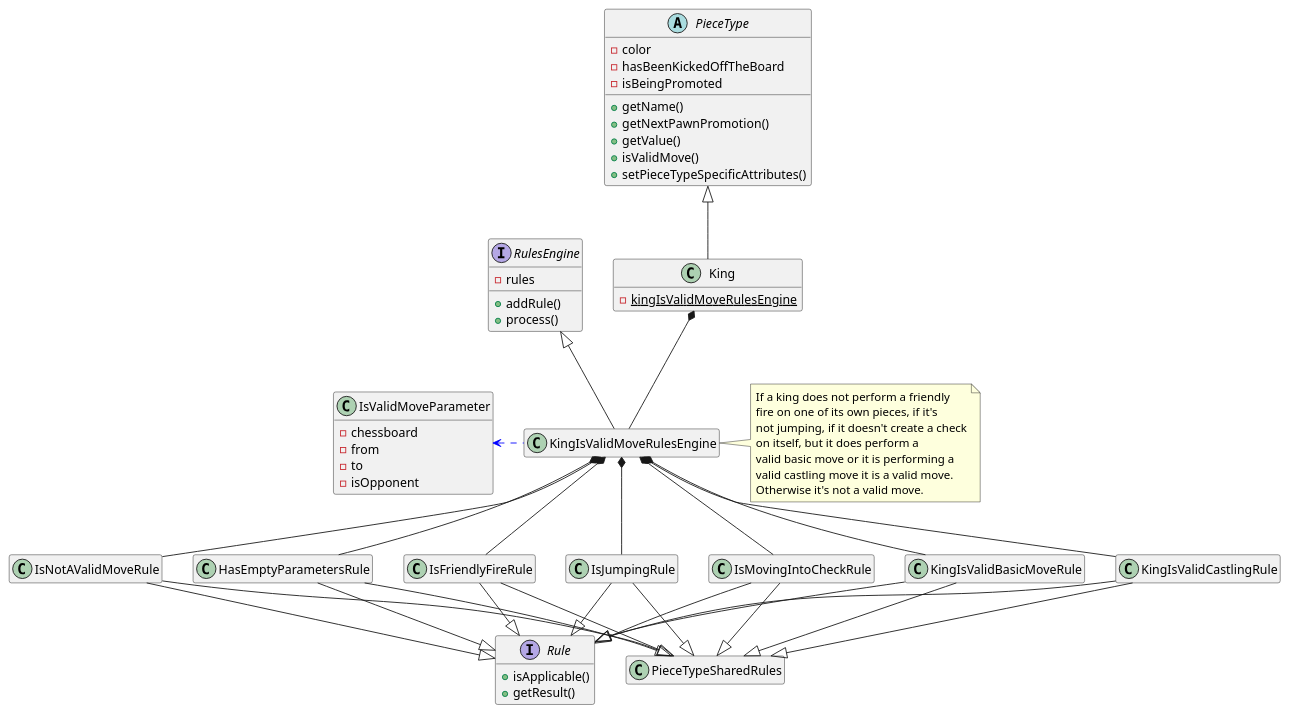
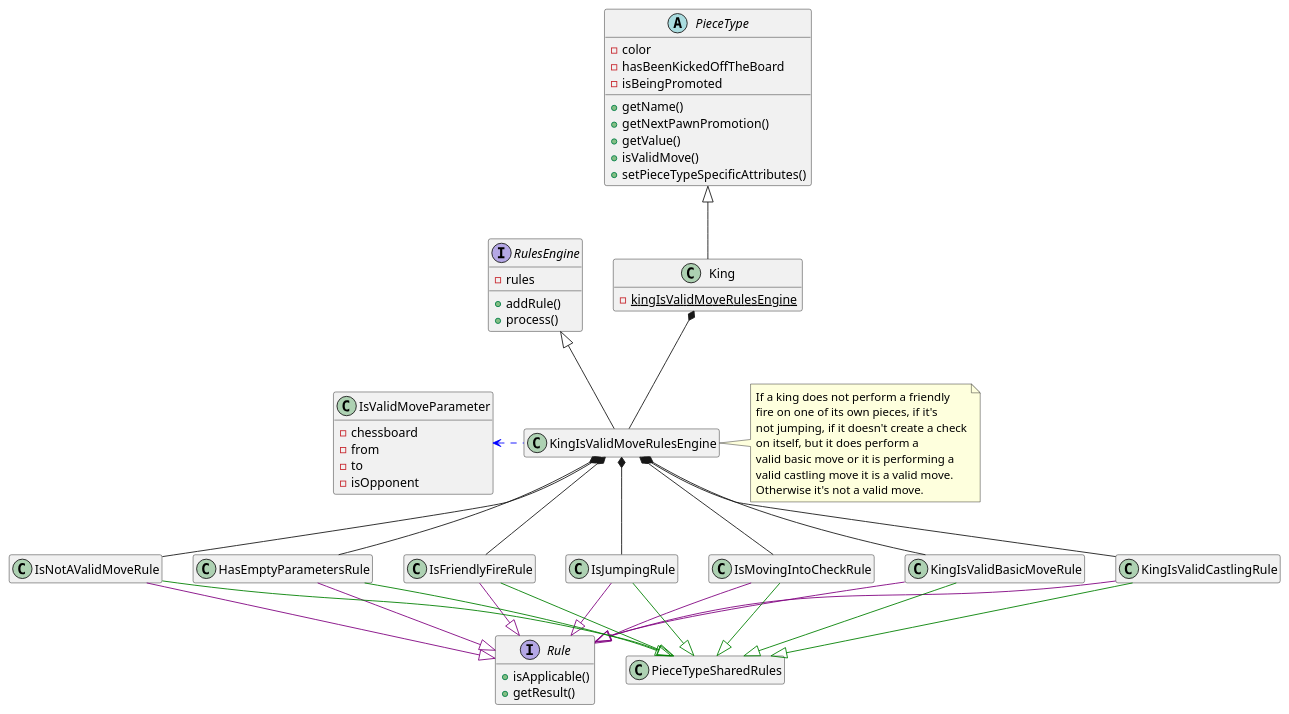
Before and after one commit to tiktaalick/chess-with-database: the diagram in game/src/main/resources/uml/king.puml, drawn with PlantUML. The commit also changed 5 other files, not shown here.

Commit message:
Added colors to the class diagrams.

```diff
--- a/game/src/main/resources/uml/king.puml
+++ b/game/src/main/resources/uml/king.puml
@@ -1,90 +1,90 @@
 @startuml
 
 '--------------'
 'Hidden members'
 '--------------'
 hide empty members
 
 '----'
 'Move'
 '----'
 abstract class PieceType {
     - color
     - hasBeenKickedOffTheBoard
     - isBeingPromoted
     + getName()
     + getNextPawnPromotion()
     + getValue()
     + isValidMove()
     + setPieceTypeSpecificAttributes()
 }
 
 class King {
     - {static} kingIsValidMoveRulesEngine
 }
 
 class IsValidMoveParameter {
     - chessboard
     - from
     - to
     - isOpponent
 }
 
 interface RulesEngine {
     - rules
     + addRule()
     + process()
 }
 
 interface Rule {
     + isApplicable()
     + getResult()
 }
 
 '---------'
 'Relations'
 '---------'
 PieceType <|-down- King
 King *-- KingIsValidMoveRulesEngine
 
 KingIsValidMoveRulesEngine -up-|> RulesEngine
 KingIsValidMoveRulesEngine .left[#blue].> IsValidMoveParameter
 
 HasEmptyParametersRule -up-* KingIsValidMoveRulesEngine
 IsFriendlyFireRule -up-* KingIsValidMoveRulesEngine
 IsJumpingRule -up-* KingIsValidMoveRulesEngine
 IsMovingIntoCheckRule -up-* KingIsValidMoveRulesEngine
 KingIsValidBasicMoveRule -up-* KingIsValidMoveRulesEngine
 KingIsValidCastlingRule -up-* KingIsValidMoveRulesEngine
 IsNotAValidMoveRule -up-* KingIsValidMoveRulesEngine
 
-HasEmptyParametersRule --|> Rule
-IsFriendlyFireRule --|> Rule
-IsJumpingRule --|> Rule
-IsMovingIntoCheckRule --|> Rule
-KingIsValidBasicMoveRule --|> Rule
-KingIsValidCastlingRule --|> Rule
-IsNotAValidMoveRule --|> Rule
+HasEmptyParametersRule -down[#purple]-|> Rule
+IsFriendlyFireRule -down[#purple]-|> Rule
+IsJumpingRule -down[#purple]-|> Rule
+IsMovingIntoCheckRule -down[#purple]-|> Rule
+KingIsValidBasicMoveRule -down[#purple]-|> Rule
+KingIsValidCastlingRule -down[#purple]-|> Rule
+IsNotAValidMoveRule -down[#purple]-|> Rule
 
-HasEmptyParametersRule -down-|> PieceTypeSharedRules
-IsFriendlyFireRule -down-|> PieceTypeSharedRules
-IsJumpingRule -down-|> PieceTypeSharedRules
-IsMovingIntoCheckRule -down-|> PieceTypeSharedRules
-KingIsValidBasicMoveRule -down-|> PieceTypeSharedRules
-KingIsValidCastlingRule --|> PieceTypeSharedRules
-IsNotAValidMoveRule -down-|> PieceTypeSharedRules
+HasEmptyParametersRule -down[#green]-|> PieceTypeSharedRules
+IsFriendlyFireRule -down[#green]-|> PieceTypeSharedRules
+IsJumpingRule -down[#green]-|> PieceTypeSharedRules
+IsMovingIntoCheckRule -down[#green]-|> PieceTypeSharedRules
+KingIsValidBasicMoveRule -down[#green]-|> PieceTypeSharedRules
+KingIsValidCastlingRule -down[#green]-|> PieceTypeSharedRules
+IsNotAValidMoveRule -down[#green]-|> PieceTypeSharedRules
 
 '-----'
 'Notes'
 '-----'
 note right of KingIsValidMoveRulesEngine {
     If a king does not perform a friendly
     fire on one of its own pieces, if it's
     not jumping, if it doesn't create a check
     on itself, but it does perform a
     valid basic move or it is performing a
     valid castling move it is a valid move.
     Otherwise it's not a valid move.
 }
 
 @enduml
```
